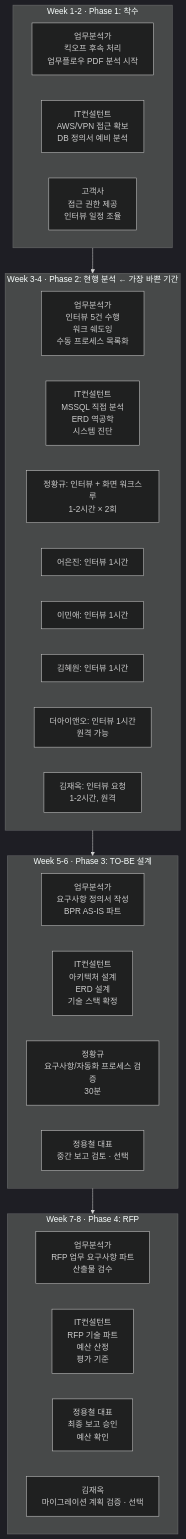
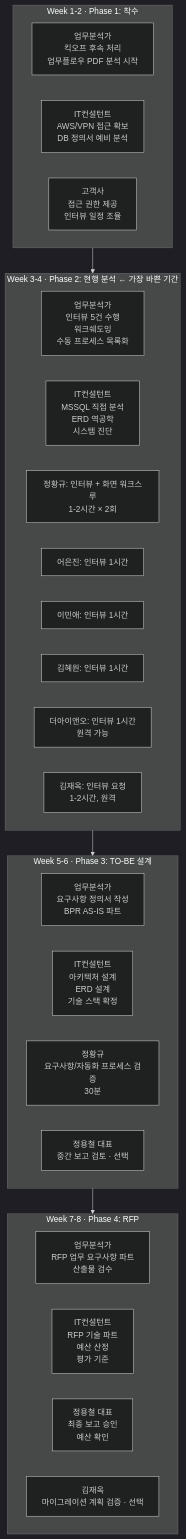
Before and after one commit to sknkwoxs/manual-book: the first of 2 diagrams in src/content/docs/goodthinking-isp/appendix/backlog.md, drawn with Mermaid (dark theme). The commit also changed other lines of this file and 27 other files, not shown here.

````diff
--- a/src/content/docs/goodthinking-isp/appendix/backlog.md
+++ b/src/content/docs/goodthinking-isp/appendix/backlog.md
@@ -442,35 +442,35 @@
 ```mermaid
 graph TD
     subgraph W12["Week 1-2 · Phase 1: 착수"]
         W12A["업무분석가<br/>킥오프 후속 처리<br/>업무플로우 PDF 분석 시작"]
         W12B["IT컨설턴트<br/>AWS/VPN 접근 확보<br/>DB 정의서 예비 분석"]
         W12C["고객사<br/>접근 권한 제공<br/>인터뷰 일정 조율"]
     end
 
     subgraph W34["Week 3-4 · Phase 2: 현행 분석 ← 가장 바쁜 기간"]
-        W34A["업무분석가<br/>인터뷰 5건 수행<br/>워크 쉐도잉<br/>수동 프로세스 목록화"]
+        W34A["업무분석가<br/>인터뷰 5건 수행<br/>워크쉐도잉<br/>수동 프로세스 목록화"]
         W34B["IT컨설턴트<br/>MSSQL 직접 분석<br/>ERD 역공학<br/>시스템 진단"]
         W34C["정황규: 인터뷰 + 화면 워크스루<br/>1-2시간 × 2회"]
         W34D["어은진: 인터뷰 1시간"]
         W34E["이민애: 인터뷰 1시간"]
         W34F["김혜원: 인터뷰 1시간"]
         W34G["더아이앤오: 인터뷰 1시간<br/>원격 가능"]
         W34H["김재옥: 인터뷰 요청<br/>1-2시간, 원격"]
     end
 
     subgraph W56["Week 5-6 · Phase 3: TO-BE 설계"]
         W56A["업무분석가<br/>요구사항 정의서 작성<br/>BPR AS-IS 파트"]
         W56B["IT컨설턴트<br/>아키텍처 설계<br/>ERD 설계<br/>기술 스택 확정"]
         W56C["정황규<br/>요구사항/자동화 프로세스 검증<br/>30분"]
         W56D["정용철 대표<br/>중간 보고 검토 · 선택"]
     end
 
     subgraph W78["Week 7-8 · Phase 4: RFP"]
         W78A["업무분석가<br/>RFP 업무 요구사항 파트<br/>산출물 검수"]
         W78B["IT컨설턴트<br/>RFP 기술 파트<br/>예산 산정<br/>평가 기준"]
         W78C["정용철 대표<br/>최종 보고 승인<br/>예산 확인"]
         W78D["김재옥<br/>마이그레이션 계획 검증 · 선택"]
     end
 
     W12 --> W34 --> W56 --> W78
 ```
````
